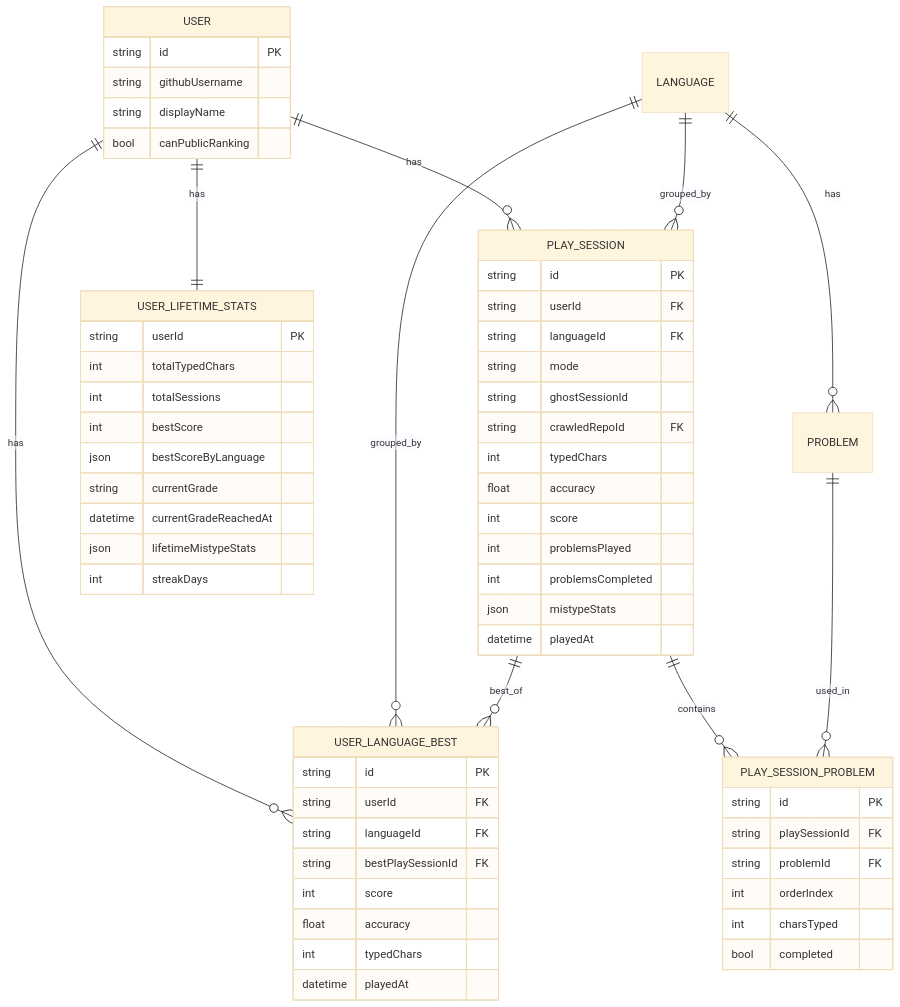
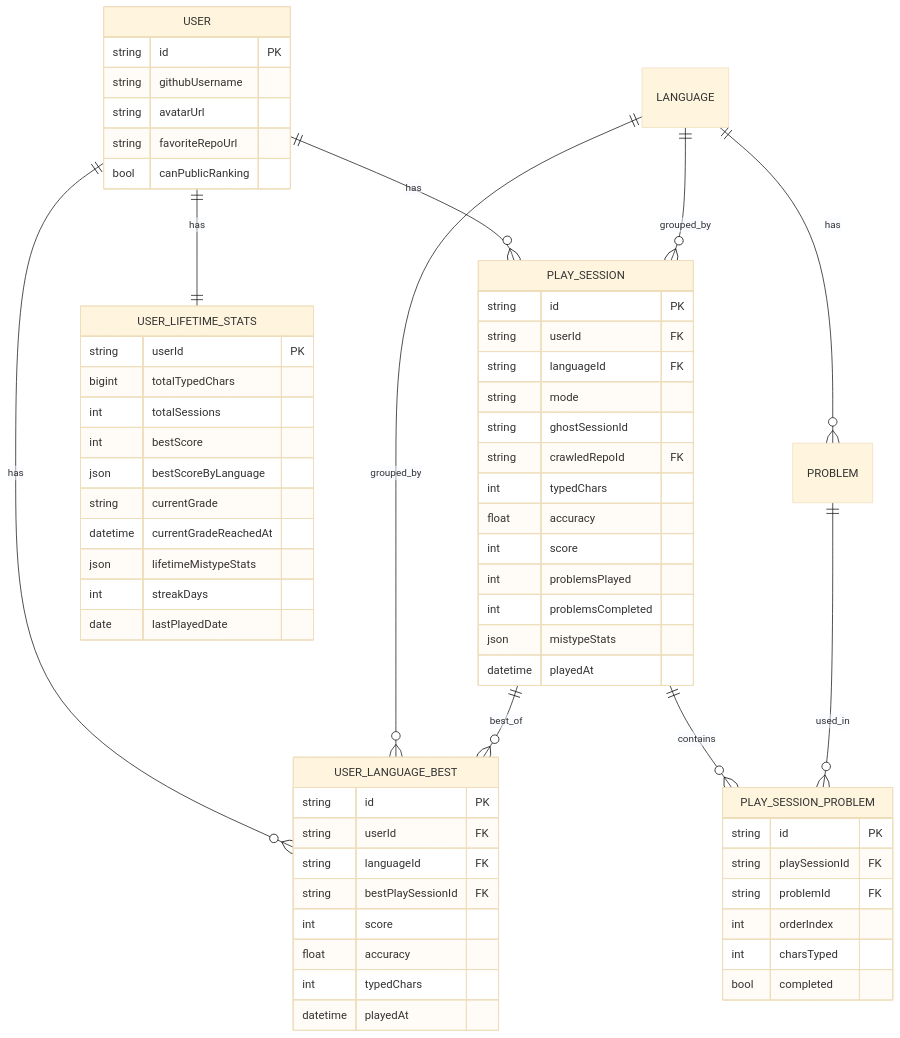
The first of 2 diagrams in docs/spec/score-ranking/README.md (kentakki416/typing-royale), drawn with Mermaid (base theme) before and after one commit. The commit also changed other lines of this file and 51 other files, not shown here.

First line of the commit message:
docs(spec): 実装乖離を全 spec で同期 (displayName 廃止 / Google OAuth 廃止 / HoF コメント廃止 / monthly v2 等)

````diff
--- a/docs/spec/score-ranking/README.md
+++ b/docs/spec/score-ranking/README.md
@@ -295,63 +295,65 @@
 ```mermaid
 erDiagram
     USER ||--o{ PLAY_SESSION : has
     USER ||--|| USER_LIFETIME_STATS : has
     USER ||--o{ USER_LANGUAGE_BEST : has
     PLAY_SESSION ||--o{ PLAY_SESSION_PROBLEM : contains
     PROBLEM ||--o{ PLAY_SESSION_PROBLEM : used_in
     LANGUAGE ||--o{ PROBLEM : has
     LANGUAGE ||--o{ PLAY_SESSION : grouped_by
     LANGUAGE ||--o{ USER_LANGUAGE_BEST : grouped_by
     PLAY_SESSION ||--o{ USER_LANGUAGE_BEST : best_of
 
     USER {
         string id PK
         string githubUsername
-        string displayName
+        string avatarUrl
+        string favoriteRepoUrl
         bool canPublicRanking
     }
     PLAY_SESSION {
         string id PK
         string userId FK
         string languageId FK
         string mode
         string ghostSessionId
         string crawledRepoId FK
         int typedChars
         float accuracy
         int score
         int problemsPlayed
         int problemsCompleted
         json mistypeStats
         datetime playedAt
     }
     PLAY_SESSION_PROBLEM {
         string id PK
         string playSessionId FK
         string problemId FK
         int orderIndex
         int charsTyped
         bool completed
     }
     USER_LANGUAGE_BEST {
         string id PK
         string userId FK
         string languageId FK
         string bestPlaySessionId FK
         int score
         float accuracy
         int typedChars
         datetime playedAt
     }
     USER_LIFETIME_STATS {
         string userId PK
-        int totalTypedChars
+        bigint totalTypedChars
         int totalSessions
         int bestScore
         json bestScoreByLanguage
         string currentGrade
         datetime currentGradeReachedAt
         json lifetimeMistypeStats
         int streakDays
+        date lastPlayedDate
     }
 ```
````
